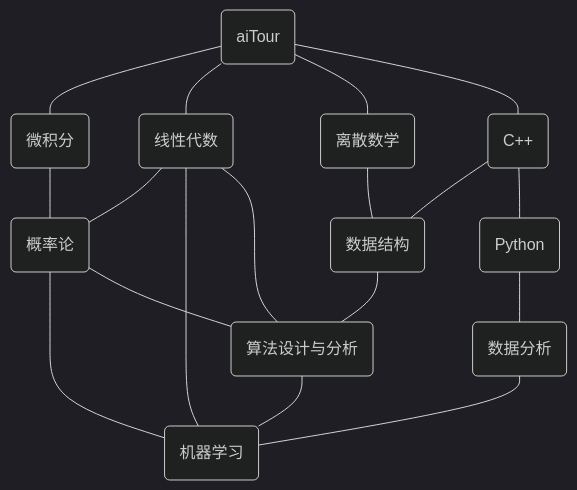
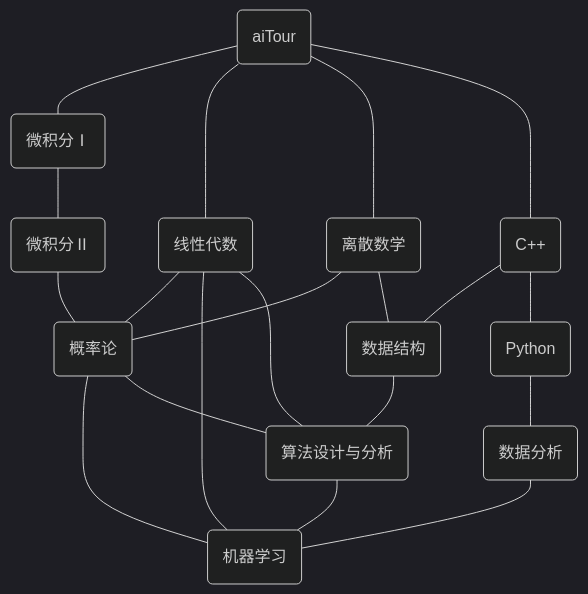
The diagram in docs/learning-path.md (KinnariyaMamaTanha/aiTour), drawn with Mermaid (dark theme) before and after one commit. The commit also changed 7 other files, not shown here.

````diff
--- a/docs/learning-path.md
+++ b/docs/learning-path.md
@@ -5,44 +5,48 @@
 ```mermaid
 graph TD
     aiTour(aiTour)
     A(C++)
     B(Python)
-    C(微积分)
+    C(微积分Ⅰ)
     D(线性代数)
     E(离散数学)
     F(算法设计与分析)
     G(数据结构)
     H(数据分析)
     I(概率论)
     J(机器学习)
+    K(微积分Ⅱ)
 
-    click AI "../"
+    click aiTour "../"
     click A "../da-yi-shang/c++/"
-    click B "../da-yi-shang/python"
-    click C "../da-yi-shang/calculus-1"
-    click D "../da-yi-shang/linear-algebra"
-    click E "../da-yi-shang/discrete-math"
-    click F "../da-yi-han-jia/algorithm"
-    click G "../da-yi-han-jia/data-structure"
-    click H "../da-yi-han-jia/data-analysis"
-    click I "../da-yi-xia/probability"
-    click J "../da-yi-xia/machine-learning"
+    click B "../da-yi-shang/python/"
+    click C "../da-yi-shang/calculus-1/"
+    click D "../da-yi-shang/linear-algebra/"
+    click E "../da-yi-shang/discrete-math/"
+    click F "../da-yi-han-jia/algorithm/"
+    click G "../da-yi-han-jia/data-structure/"
+    click H "../da-yi-han-jia/data-analysis/"
+    click I "../da-yi-xia/probability/"
+    click J "../da-yi-xia/machine-learning/"
+    click K "../da-yi-xia/calculus-2/"
     
     aiTour---C
     aiTour---D
     aiTour---E
     aiTour---A
     A---G
     A---B
     B---H
-    C---I
+    C---K
     D---I
     D---J
     D---F
+    E---I
     E---G
     F---J
     G---F
     H---J
     I---J
     I---F
+    K---I
 ```
````
